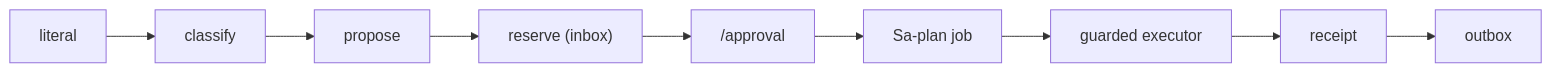
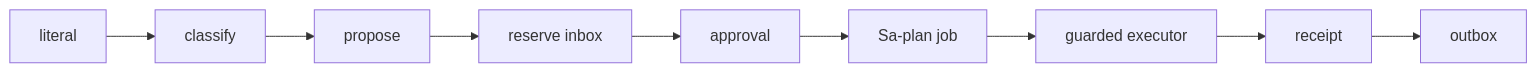
One commit to Anaik7799/uos changed the diagram in docs/journal/20261026-0049-claude-telegram-parity-plan-and-process.md. Above: the diagram before and after it, drawn with Mermaid. The commit also changed other lines of this file and 17 other files, not shown here.

````diff
--- a/docs/journal/20261026-0049-claude-telegram-parity-plan-and-process.md
+++ b/docs/journal/20261026-0049-claude-telegram-parity-plan-and-process.md
@@ -38,11 +44,11 @@
 ```mermaid
 flowchart LR
   L["literal"] --> C["classify"]
   C --> P["propose"]
-  P --> R["reserve (inbox)"]
-  R --> A["/approval"]
+  P --> R["reserve inbox"]
+  R --> A["approval"]
   A --> J["Sa-plan job"]
   J --> X["guarded executor"]
   X --> RC["receipt"]
   RC --> O["outbox"]
 ```
````
